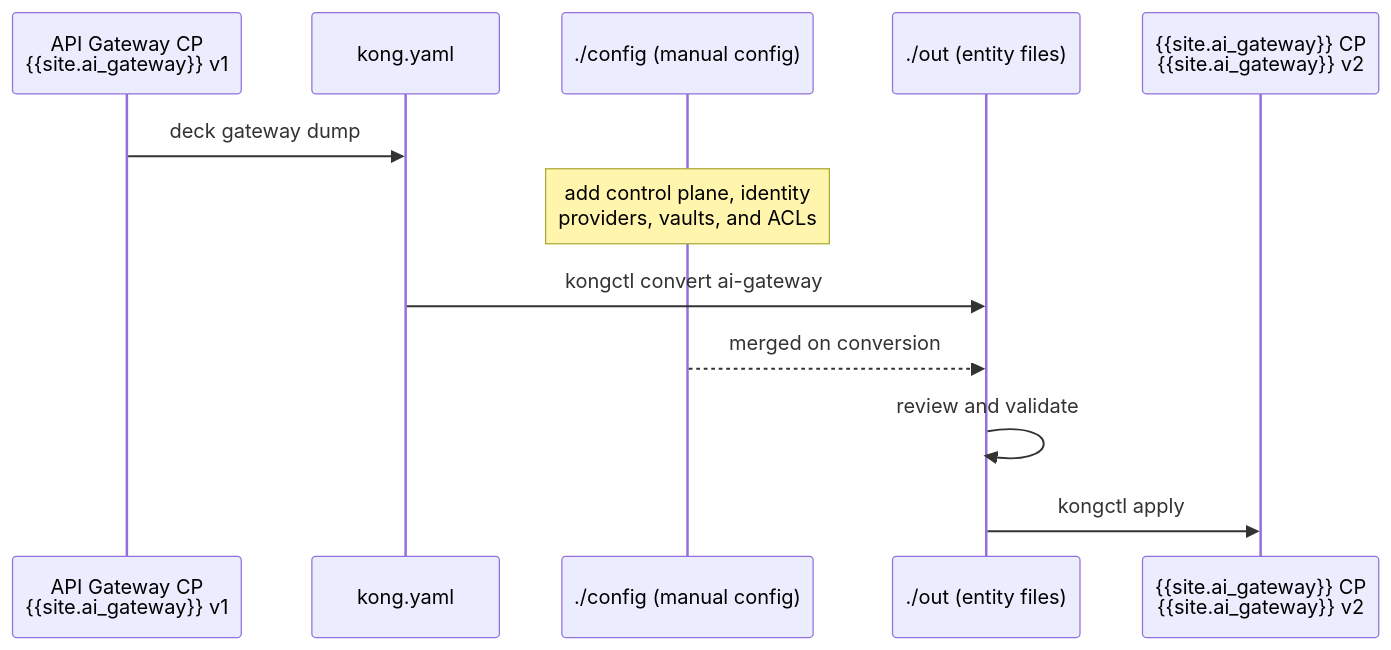
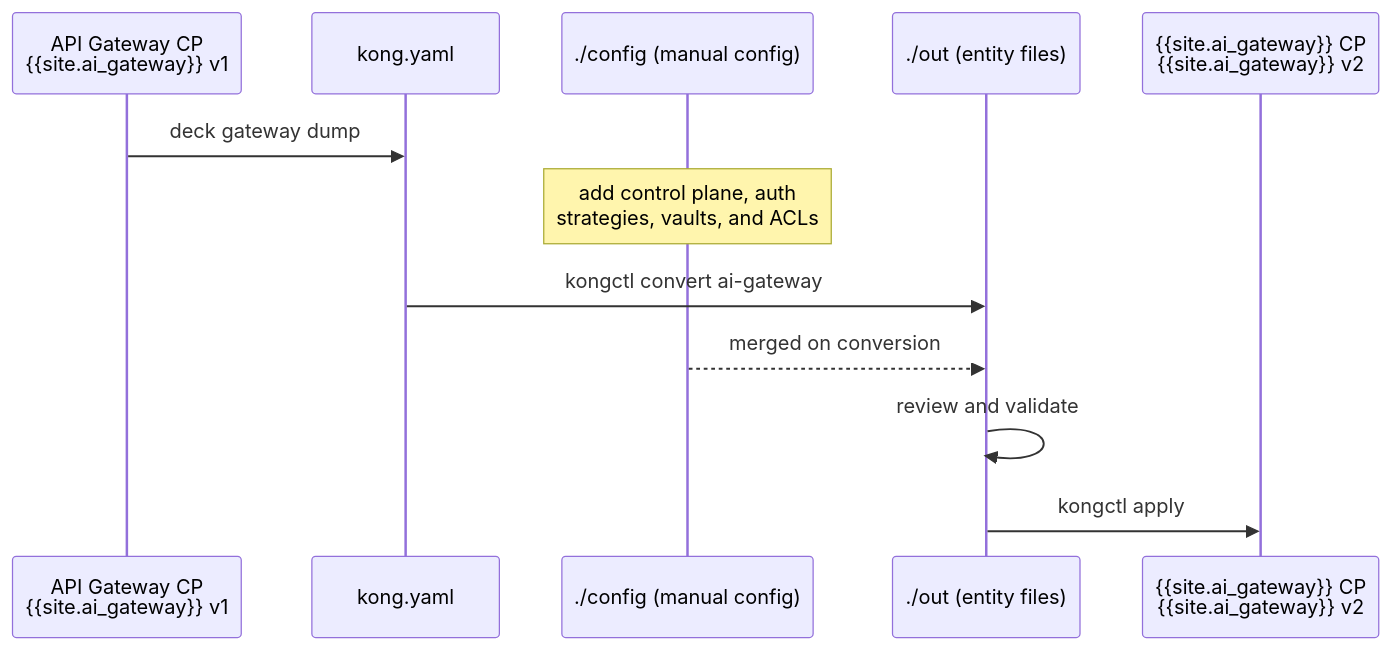
Before and after one commit to Kong/developer.konghq.com: the diagram in app/ai-gateway/v2-migration-guide.md, drawn with Mermaid. The commit also changed other lines of this file, not shown here.

Commit message:
updated the migration guide to support the identity providers to auth strategies renaming, along with the new "sources" on mcp servers of type: listener

```diff
--- a/app/ai-gateway/v2-migration-guide.md
+++ b/app/ai-gateway/v2-migration-guide.md
@@ -63,15 +63,15 @@
 {% mermaid %}
 sequenceDiagram
     participant A as API Gateway CP<br/>{{site.ai_gateway}} v1
     participant B as kong.yaml
     participant C as ./config (manual config)
     participant D as ./out (entity files)
     participant E as {{site.ai_gateway}} CP<br/>{{site.ai_gateway}} v2
 
     A->>B: deck gateway dump
-    Note over C: add control plane, identity<br/>providers, vaults, and ACLs
+    Note over C: add control plane, auth<br/>strategies, vaults, and ACLs
     B->>D: kongctl convert ai-gateway
     C-->>D: merged on conversion
     D->>D: review and validate
     D->>E: kongctl apply
 {% endmermaid %}
```
